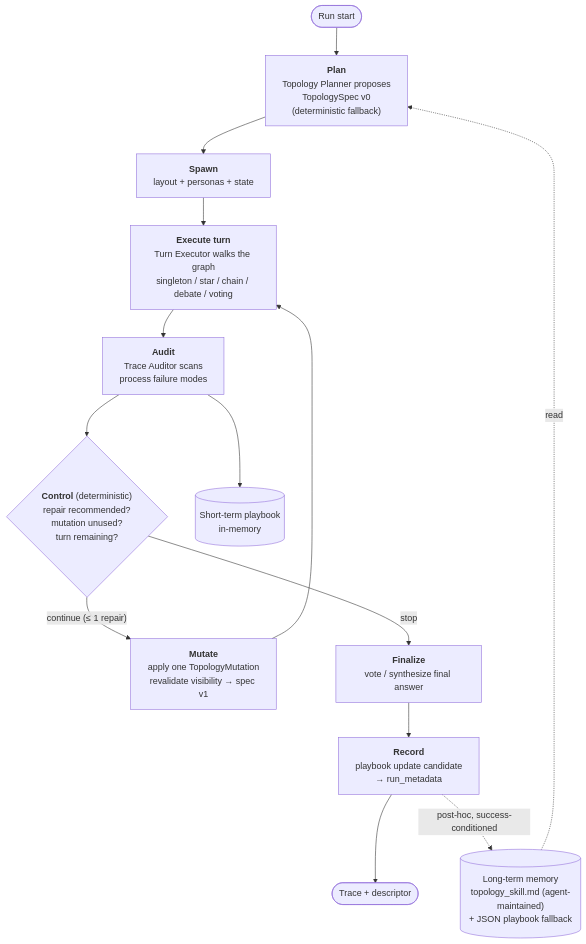
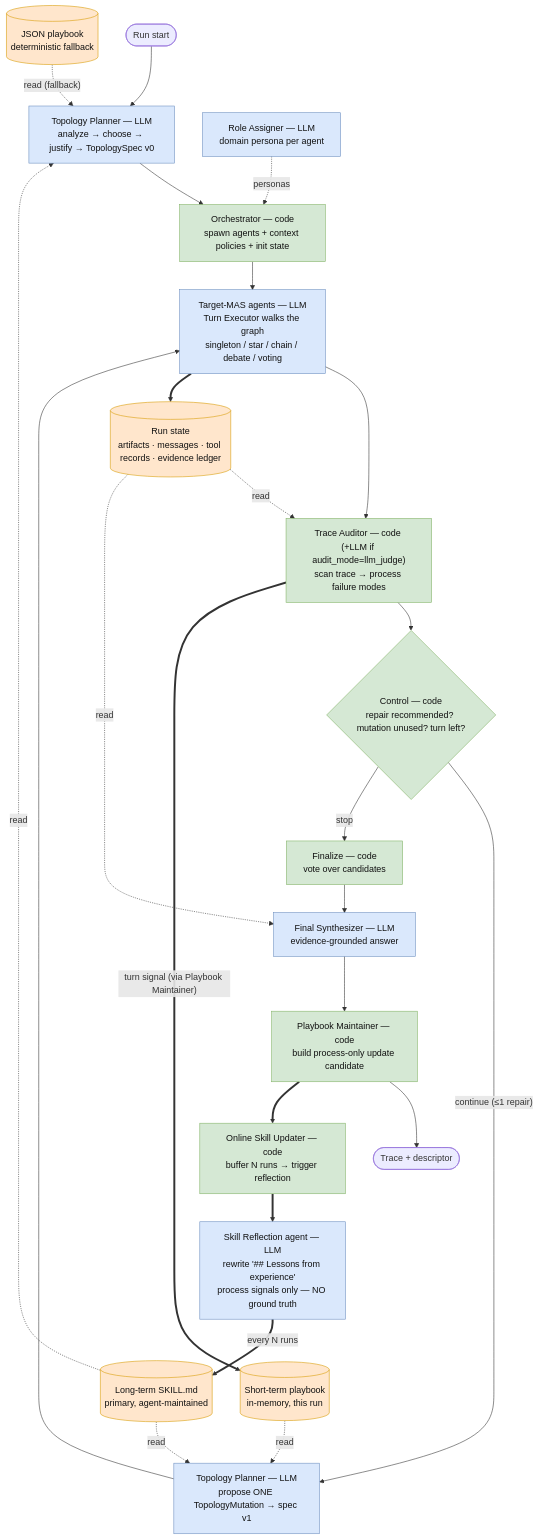
The diagram in README.md (mao-code/MAS_Analyzer), drawn with Mermaid before and after one commit. The commit also changed other lines of this file and 13 other files, not shown here.

````diff
--- a/README.md
+++ b/README.md
@@ -509,25 +513,52 @@
 ```mermaid
 flowchart TD
+    classDef agent fill:#dae8fc,stroke:#6c8ebf,color:#111;
+    classDef code fill:#d5e8d4,stroke:#82b366,color:#111;
+    classDef store fill:#ffe6cc,stroke:#d79b00,color:#111;
+
     Start([Run start]) --> Plan
-    PB[("Long-term memory<br/>topology_skill.md (agent-maintained)<br/>+ JSON playbook fallback")]
-    PB -. read .-> Plan
 
-    Plan["<b>Plan</b><br/>Topology Planner proposes<br/>TopologySpec v0<br/>(deterministic fallback)"]
-    Spawn["<b>Spawn</b><br/>layout + personas + state"]
-    Execute["<b>Execute turn</b><br/>Turn Executor walks the graph<br/>singleton / star / chain / debate / voting"]
-    Audit["<b>Audit</b><br/>Trace Auditor scans<br/>process failure modes"]
-    Control{"<b>Control</b> (deterministic)<br/>repair recommended?<br/>mutation unused?<br/>turn remaining?"}
-    Mutate["<b>Mutate</b><br/>apply one TopologyMutation<br/>revalidate visibility → spec v1"]
-    Finalize["<b>Finalize</b><br/>vote / synthesize final answer"]
-    Record["<b>Record</b><br/>playbook update candidate<br/>→ run_metadata"]
+    Plan["Topology Planner — LLM<br/>analyze → choose → justify → TopologySpec v0"]
+    Spawn["Orchestrator — code<br/>spawn agents + context policies + init state"]
+    Roles["Role Assigner — LLM<br/>domain persona per agent"]
+    Execute["Target-MAS agents — LLM<br/>Turn Executor walks the graph<br/>singleton / star / chain / debate / voting"]
+    Audit["Trace Auditor — code (+LLM if audit_mode=llm_judge)<br/>scan trace → process failure modes"]
+    Control{"Control — code<br/>repair recommended? mutation unused? turn left?"}
+    Mutate["Topology Planner — LLM<br/>propose ONE TopologyMutation → spec v1"]
+    Finalize["Finalize — code<br/>vote over candidates"]
+    Synth["Final Synthesizer — LLM<br/>evidence-grounded answer"]
+    Maint["Playbook Maintainer — code<br/>build process-only update candidate"]
+    Updater["Online Skill Updater — code<br/>buffer N runs → trigger reflection"]
+    Reflect["Skill Reflection agent — LLM<br/>rewrite '## Lessons from experience'<br/>process signals only — NO ground truth"]
     Done([Trace + descriptor])
-    ST[("Short-term playbook<br/>in-memory")]
 
-    Plan --> Spawn --> Execute --> Audit
-    Audit --> ST
-    Audit --> Control
-    Control -- "continue (≤ 1 repair)" --> Mutate
-    Mutate --> Execute
-    Control -- stop --> Finalize --> Record --> Done
-    Record -. "post-hoc, success-conditioned" .-> PB
+    RunState[("Run state<br/>artifacts · messages · tool records · evidence ledger")]
+    ST[("Short-term playbook<br/>in-memory, this run")]
+    Skill[("Long-term SKILL.md<br/>primary, agent-maintained")]
+    JSONP[("JSON playbook<br/>deterministic fallback")]
+
+    %% control flow (solid)
+    Plan --> Spawn --> Execute --> Audit --> Control
+    Control -- "continue (≤1 repair)" --> Mutate --> Execute
+    Control -- stop --> Finalize --> Synth --> Maint --> Done
+
+    %% reads (dashed)
+    Skill -. read .-> Plan
+    JSONP -. "read (fallback)" .-> Plan
+    Skill -. read .-> Mutate
+    ST -. read .-> Mutate
+    Roles -. personas .-> Spawn
+    RunState -. read .-> Audit
+    RunState -. read .-> Synth
+
+    %% writes (thick)
+    Execute ==> RunState
+    Audit ==>|"turn signal (via Playbook Maintainer)"| ST
+    Maint ==> Updater
+    Updater ==> Reflect
+    Reflect ==>|"every N runs"| Skill
+
+    class Plan,Roles,Execute,Mutate,Synth,Reflect agent;
+    class Spawn,Control,Finalize,Maint,Updater,Audit code;
+    class RunState,ST,Skill,JSONP store;
 ```
````
